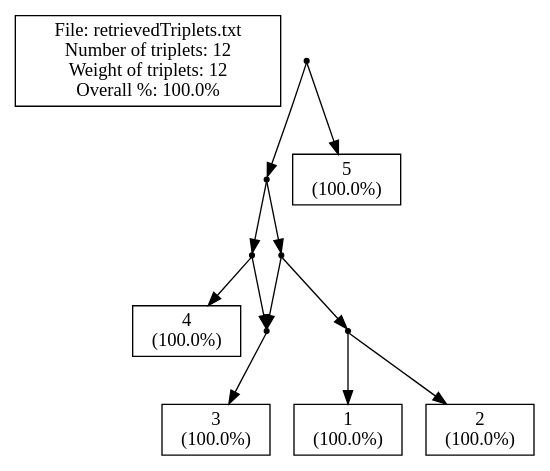
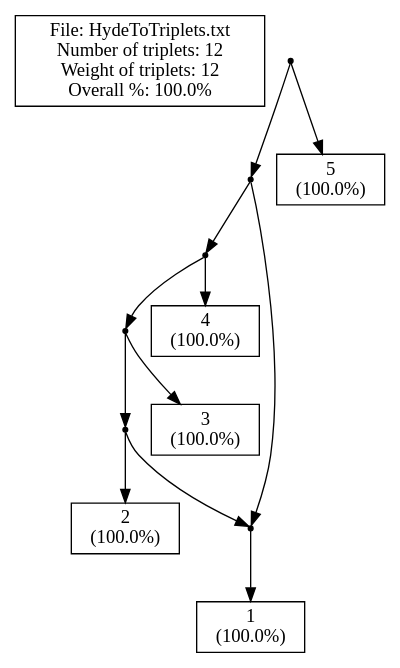
One commit to iharnoor/PhylogeneticsWebsite changed the diagram in ParsingTxt/cExample1_m.dot. Above: the diagram before and after it, drawn with Graphviz. The commit also changed 9 other files, not shown here.

```diff
--- a/ParsingTxt/cExample1_m.dot
+++ b/ParsingTxt/cExample1_m.dot
@@ -1,51 +1,51 @@
 // LEV1ATHAN Version 1.0, 21 september 2009
 // COMMENT: Pre-processing the input file to count the leaves
 // COMMENT: Pre-processing showed that there are 5 leaves in the input.
 // SUMMARY: Input had 5 leaves.
 // USER-SETTING: Will *not* post-process output to collapse edges.
 // COMMENT: Triplet set is already dense.
 // SUMMARY: There are 12 triplets in the input.
 // SUMMARY: Total weight of input triplets is 12.
 // COMMENT: We achieved non-trivial local perfection.
 // SUMMARY: (Before post-processing)
 // SUMMARY: We got 12 units of triplet weight, that's 100.0% of total weight.
 // SUMMARY: In total 0 units of triplet weight were -not- consistent with the ouput network.
-// SUMMARY: Output network contained 0 triplets -not- in the original input.
-// SUMMARY: The symmetric difference is thus 0 + (1 * 0) = 0
+// SUMMARY: Output network contained 1 triplets -not- in the original input.
+// SUMMARY: The symmetric difference is thus 0 + (1 * 1) = 2
 // SUMMARY: (After post-processing)
 strict digraph G1 {
 edge [fontsize=8]
-labelbox [shape=box, width=0.4, label="File: retrievedTriplets.txt\nNumber of triplets: 12\nWeight of triplets: 12\nOverall %: 100.0%"];
+labelbox [shape=box, width=0.4, label="File: HydeToTriplets.txt\nNumber of triplets: 12\nWeight of triplets: 12\nOverall %: 100.0%"];
 internal1000 [shape=point];
 internal1001 [shape=point];
 internal1002 [shape=point];
 internal1003 [shape=point];
+internal1004 [shape=point];
+internal1005 [shape=point];
+1 [shape=box, width=0.3, label="1\n(100.0%)"];
+2 [shape=box, width=0.3, label="2\n(100.0%)"];
 3 [shape=box, width=0.3, label="3\n(100.0%)"];
 4 [shape=box, width=0.3, label="4\n(100.0%)"];
-internal1006 [shape=point];
-internal1007 [shape=point];
-1 [shape=box, width=0.3, label="1\n(100.0%)"];
-2 [shape=box, width=0.3, label="2\n(100.0%)"];
 5 [shape=box, width=0.3, label="5\n(100.0%)"];
 internal1000 -> internal1001
 internal1000 -> 5
 internal1001 -> internal1002
-internal1001 -> internal1006
+internal1001 -> internal1005
 internal1002 -> internal1003
 internal1002 -> 4
+internal1003 -> internal1004
 internal1003 -> 3
-internal1006 -> internal1007
-internal1006 -> internal1003
-internal1007 -> 1
-internal1007 -> 2
-internal1003 -> 3
+internal1004 -> internal1005
+internal1004 -> 2
+internal1005 -> 1
+internal1005 -> 1
 }
-// SUMMARY: eNewick output: ((((3)#H1,4),((1,2),#H1)),5);
+// SUMMARY: eNewick output: ((((((1)#H1,2),3),4),#H1),5);
 // SUMMARY: In total 0 units of triplet weight were -not- consistent with the ouput network.
-// SUMMARY: Output network contained 0 triplets -not- in the original input.
+// SUMMARY: Output network contained 1 triplets -not- in the original input.
 // SUMMARY: Weight of missing triplets before contraction minus weight of missing triplets afterwards: 0
 // SUMMARY: Number of surplus triplets before contraction minus number of surplus triplets afterwards: 0
 // CONCLUSION: After post-processing we got 12 units of triplet weight, that's 100.0% of total weight (before post-processing this was 100.0%).
-// CONCLUSION: After post-processing the symmetric difference is thus 0 + (1 * 0) = 0 (before post-processing this was 0)
+// CONCLUSION: After post-processing the symmetric difference is thus 0 + (1 * 1) = 1 (before post-processing this was 1)
 // STAT: PERCENTAGE = 100.0
-// STAT: NETWORK-TRIPLET SD = 0
+// STAT: NETWORK-TRIPLET SD = 2
```
